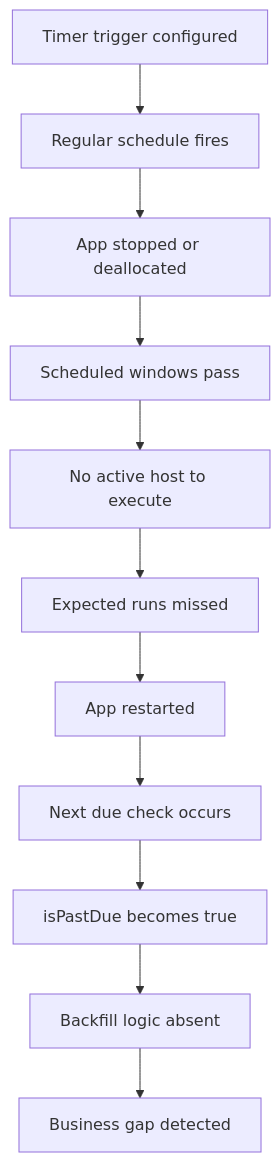
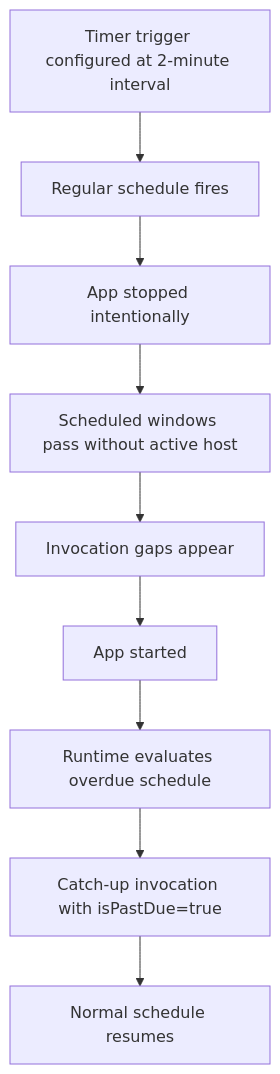
One commit to yeongseon/azure-functions-practical-guide changed the first of 2 diagrams in docs/troubleshooting/lab-guides/timer-missed-schedules.md. Above: the diagram before and after it, drawn with Mermaid. The commit also changed other lines of this file and 21 other files, not shown here.

````diff
--- a/docs/troubleshooting/lab-guides/timer-missed-schedules.md
+++ b/docs/troubleshooting/lab-guides/timer-missed-schedules.md
@@ -28,13 +26,11 @@
 ```mermaid
 flowchart TD
-    A[Timer trigger configured] --> B[Regular schedule fires]
-    B --> C[App stopped or deallocated]
-    C --> D[Scheduled windows pass]
-    D --> E[No active host to execute]
-    E --> F[Expected runs missed]
-    F --> G[App restarted]
-    G --> H[Next due check occurs]
-    H --> I[isPastDue becomes true]
-    I --> J[Backfill logic absent]
-    J --> K[Business gap detected]
+    A[Timer trigger configured at 2-minute interval] --> B[Regular schedule fires]
+    B --> C[App stopped intentionally]
+    C --> D[Scheduled windows pass without active host]
+    D --> E[Invocation gaps appear]
+    E --> F[App started]
+    F --> G[Runtime evaluates overdue schedule]
+    G --> H[Catch-up invocation with isPastDue=true]
+    H --> I[Normal schedule resumes]
 ```
````
